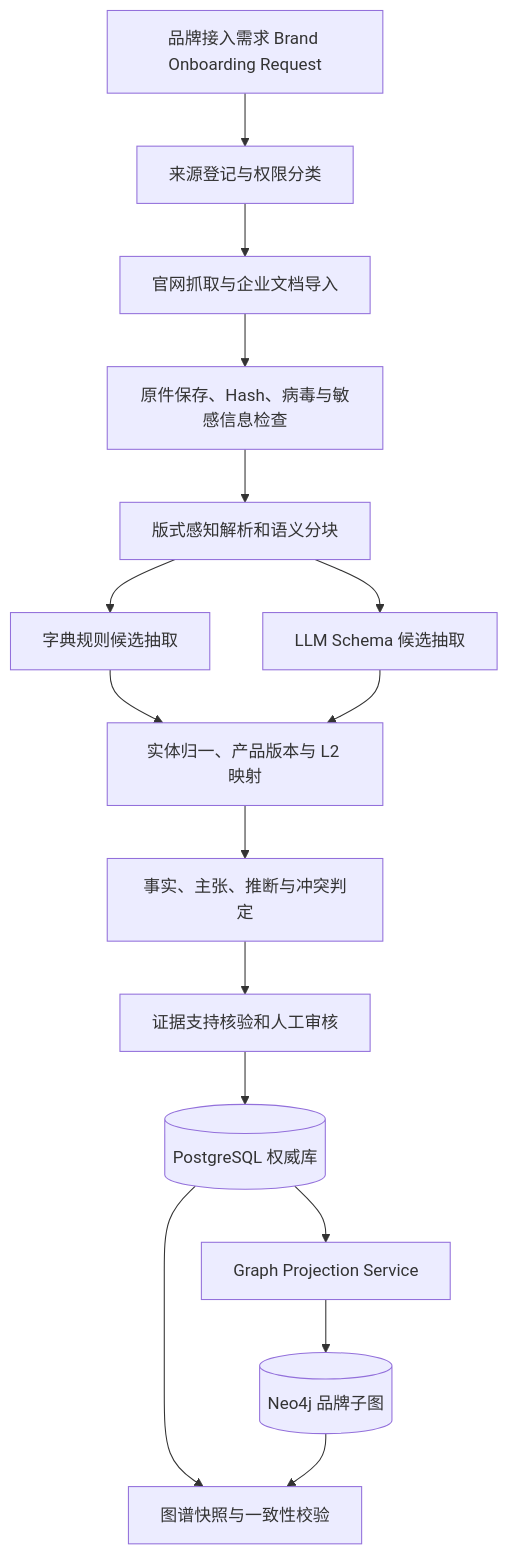
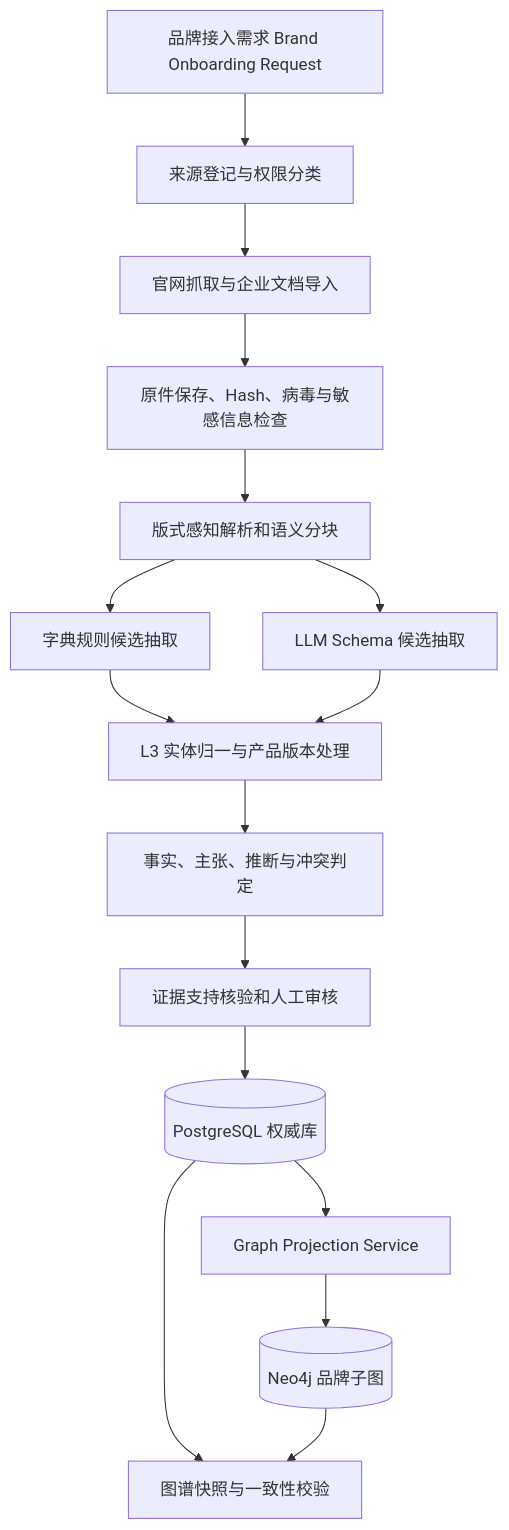
One commit to An2025-ai/Knowledge_Graph changed the diagram in brand_knowledge/README.md. Above: the diagram before and after it, drawn with Mermaid. The commit also changed other lines of this file and 81 other files, not shown here.

First line of the commit message:
WIP: L2/L3 knowledge graph pipeline rework (evidence/candidate-centric)

````diff
--- a/brand_knowledge/README.md
+++ b/brand_knowledge/README.md
@@ -80,18 +80,18 @@
 ```mermaid
 flowchart TD
     A[品牌接入需求 Brand Onboarding Request] --> B[来源登记与权限分类]
     B --> C[官网抓取与企业文档导入]
     C --> D[原件保存、Hash、病毒与敏感信息检查]
     D --> E[版式感知解析和语义分块]
     E --> F[字典规则候选抽取]
     E --> G[LLM Schema 候选抽取]
-    F --> H[实体归一、产品版本与 L2 映射]
+    F --> H[L3 实体归一与产品版本处理]
     G --> H
     H --> I[事实、主张、推断与冲突判定]
     I --> J[证据支持核验和人工审核]
     J --> K[(PostgreSQL 权威库)]
     K --> L[Graph Projection Service]
     L --> M[(Neo4j 品牌子图)]
     K --> N[图谱快照与一致性校验]
     M --> N
 ```
````
